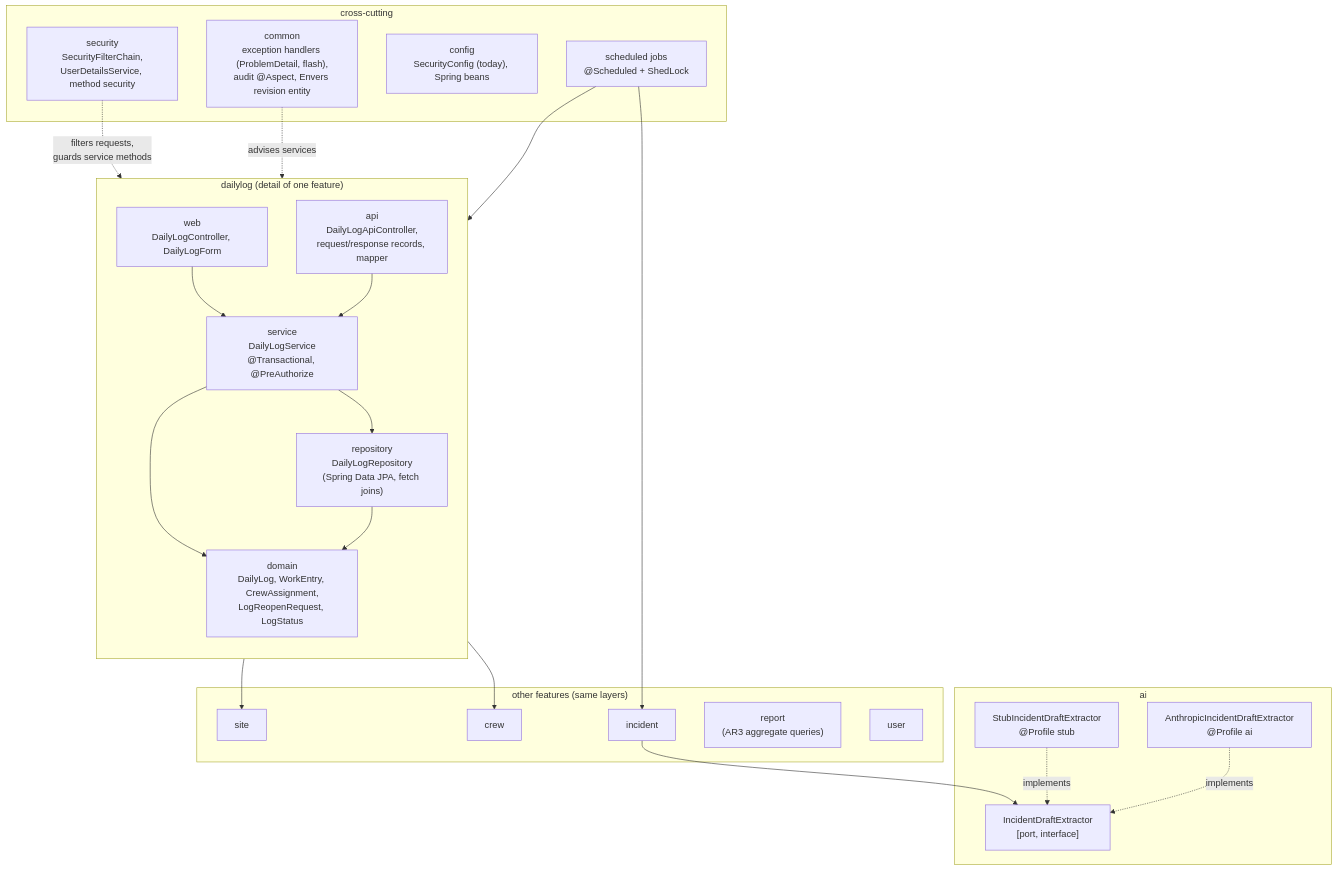
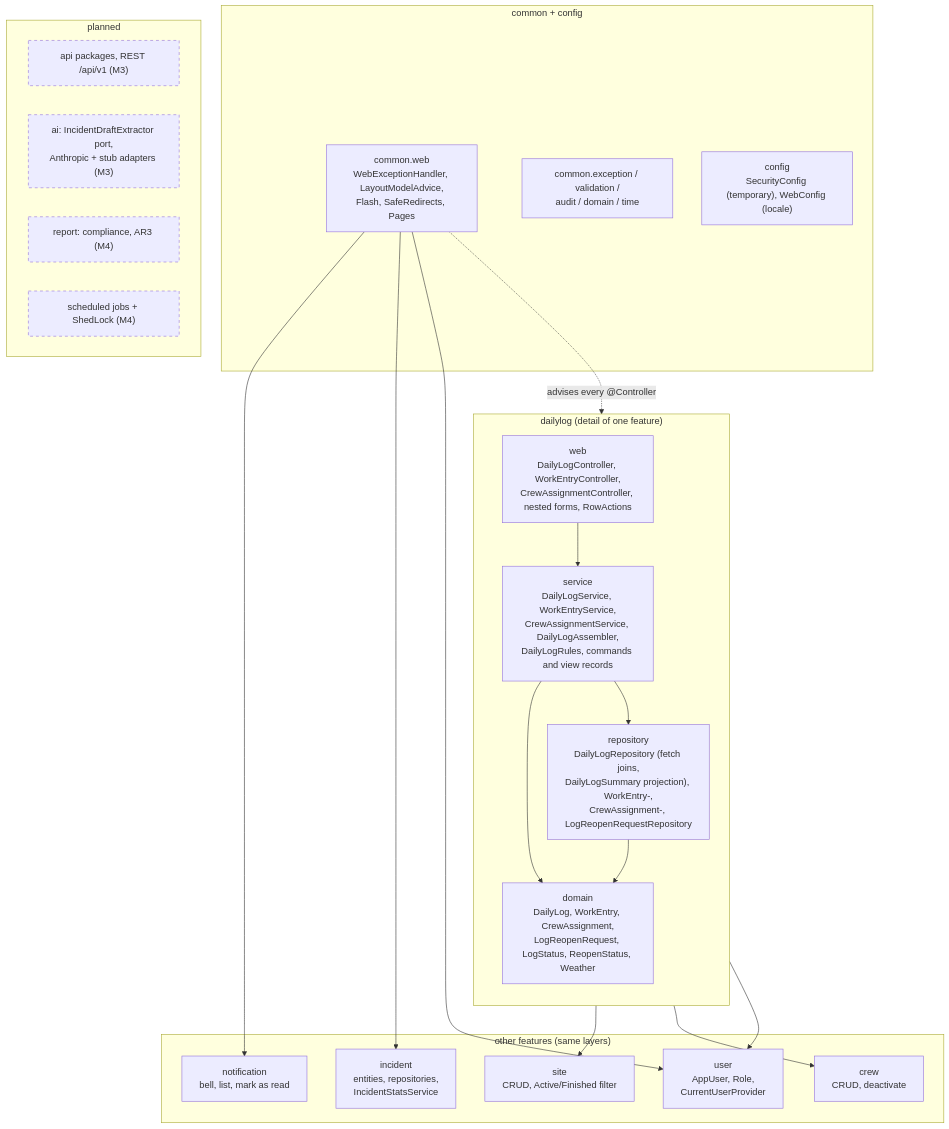
One commit to ceciliagalvaoo/SiteLog changed the third of 6 diagrams in docs/architecture/overview.md. Above: the diagram before and after it, drawn with Mermaid. The commit also changed other lines of this file and 7 other files, not shown here.

Commit message:
docs: Figma frame to template mapping and M2 architecture update

````diff
--- a/docs/architecture/overview.md
+++ b/docs/architecture/overview.md
@@ -99,47 +100,44 @@
 ```mermaid
 flowchart TB
     subgraph dailylog["dailylog (detail of one feature)"]
         direction TB
-        dl_web["web<br/>DailyLogController, DailyLogForm"]
-        dl_api["api<br/>DailyLogApiController,<br/>request/response records, mapper"]
-        dl_service["service<br/>DailyLogService<br/>@Transactional, @PreAuthorize"]
-        dl_repo["repository<br/>DailyLogRepository<br/>(Spring Data JPA, fetch joins)"]
-        dl_domain["domain<br/>DailyLog, WorkEntry, CrewAssignment,<br/>LogReopenRequest, LogStatus"]
+        dl_web["web<br/>DailyLogController, WorkEntryController,<br/>CrewAssignmentController, nested forms, RowActions"]
+        dl_service["service<br/>DailyLogService, WorkEntryService,<br/>CrewAssignmentService, DailyLogAssembler,<br/>DailyLogRules, commands and view records"]
+        dl_repo["repository<br/>DailyLogRepository (fetch joins,<br/>DailyLogSummary projection), WorkEntry-,<br/>CrewAssignment-, LogReopenRequestRepository"]
+        dl_domain["domain<br/>DailyLog, WorkEntry, CrewAssignment,<br/>LogReopenRequest, LogStatus, ReopenStatus, Weather"]
         dl_web --> dl_service
-        dl_api --> dl_service
         dl_service --> dl_repo
         dl_service --> dl_domain
         dl_repo --> dl_domain
     end
 
     subgraph features["other features (same layers)"]
-        site["site"]
-        crew["crew"]
-        incident["incident"]
-        report["report<br/>(AR3 aggregate queries)"]
-        user["user"]
+        site["site<br/>CRUD, Active/Finished filter"]
+        crew["crew<br/>CRUD, deactivate"]
+        notification["notification<br/>bell, list, mark as read"]
+        incident["incident<br/>entities, repositories,<br/>IncidentStatsService"]
+        user["user<br/>AppUser, Role,<br/>CurrentUserProvider"]
     end
 
-    subgraph ai["ai"]
-        port["IncidentDraftExtractor<br/>[port, interface]"]
-        claude["AnthropicIncidentDraftExtractor<br/>@Profile ai"]
-        stub["StubIncidentDraftExtractor<br/>@Profile stub"]
-        claude -.->|implements| port
-        stub -.->|implements| port
+    subgraph common["common + config"]
+        c_web["common.web<br/>WebExceptionHandler, LayoutModelAdvice,<br/>Flash, SafeRedirects, Pages"]
+        c_other["common.exception / validation /<br/>audit / domain / time"]
+        config["config<br/>SecurityConfig (temporary), WebConfig (locale)"]
     end
 
-    subgraph crosscut["cross-cutting"]
-        security["security<br/>SecurityFilterChain,<br/>UserDetailsService, method security"]
-        common["common<br/>exception handlers (ProblemDetail, flash),<br/>audit @Aspect, Envers revision entity"]
-        config["config<br/>SecurityConfig (today), Spring beans"]
-        jobs["scheduled jobs<br/>@Scheduled + ShedLock"]
+    subgraph planned["planned"]
+        api["api packages, REST /api/v1 (M3)"]:::planned
+        ai["ai: IncidentDraftExtractor port,<br/>Anthropic + stub adapters (M3)"]:::planned
+        report["report: compliance, AR3 (M4)"]:::planned
+        jobs["scheduled jobs + ShedLock (M4)"]:::planned
     end
 
-    incident --> port
     dl_service --> site
     dl_service --> crew
-    jobs --> incident
-    jobs --> dl_service
-    common -.->|"advises services"| dl_service
-    security -.->|"filters requests,<br/>guards service methods"| dl_web
+    dl_service --> user
+    c_web --> notification
+    c_web --> incident
+    c_web --> user
+    c_web -.->|"advises every @Controller"| dl_web
+    classDef planned stroke-dasharray: 5 5
 ```
````
